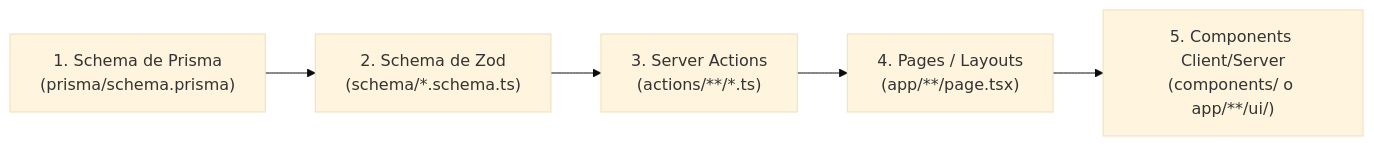
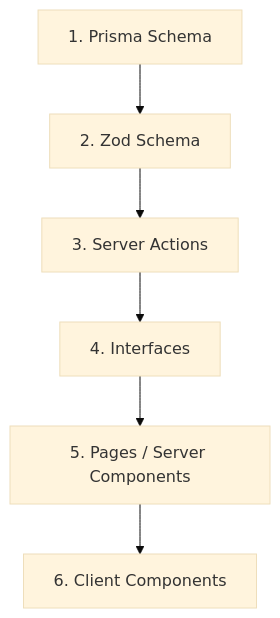
One commit to luislealdev/invitaciones changed the diagram in AGENTS.md. Above: the diagram before and after it, drawn with Mermaid (base theme). The commit also changed other lines of this file and 30 other files, not shown here.

````diff
--- a/AGENTS.md
+++ b/AGENTS.md
@@ -65,7 +16,8 @@
 ```mermaid
-flowchart LR
-    Prisma["1. Schema de Prisma<br/>(prisma/schema.prisma)"] --> Zod["2. Schema de Zod<br/>(schema/*.schema.ts)"]
-    Zod --> Actions["3. Server Actions<br/>(actions/**/*.ts)"]
-    Actions --> Pages["4. Pages / Layouts<br/>(app/**/page.tsx)"]
-    Pages --> Components["5. Components Client/Server<br/>(components/ o app/**/ui/)"]
+flowchart TD
+    P[1. Prisma Schema] --> Z[2. Zod Schema]
+    Z --> A[3. Server Actions]
+    A --> I[4. Interfaces]
+    I --> S[5. Pages / Server Components]
+    S --> C[6. Client Components]
 ```
````
